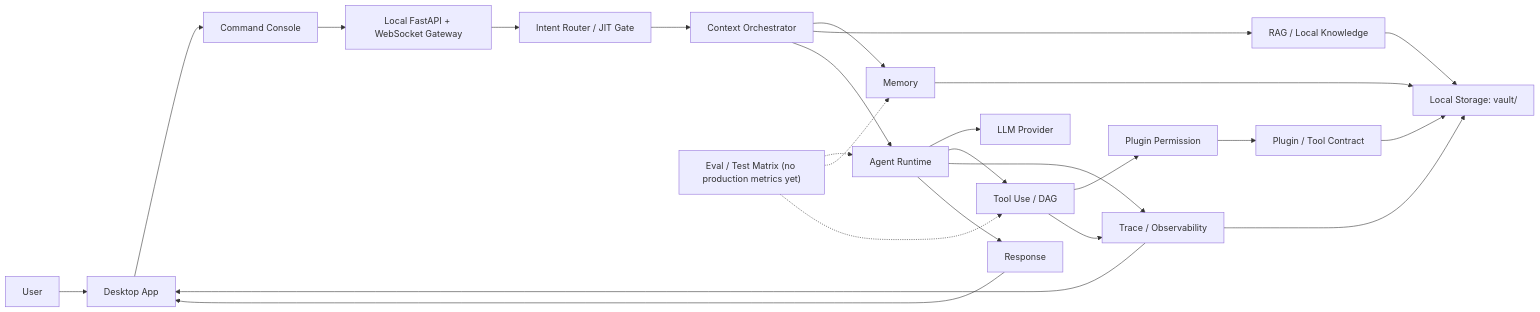
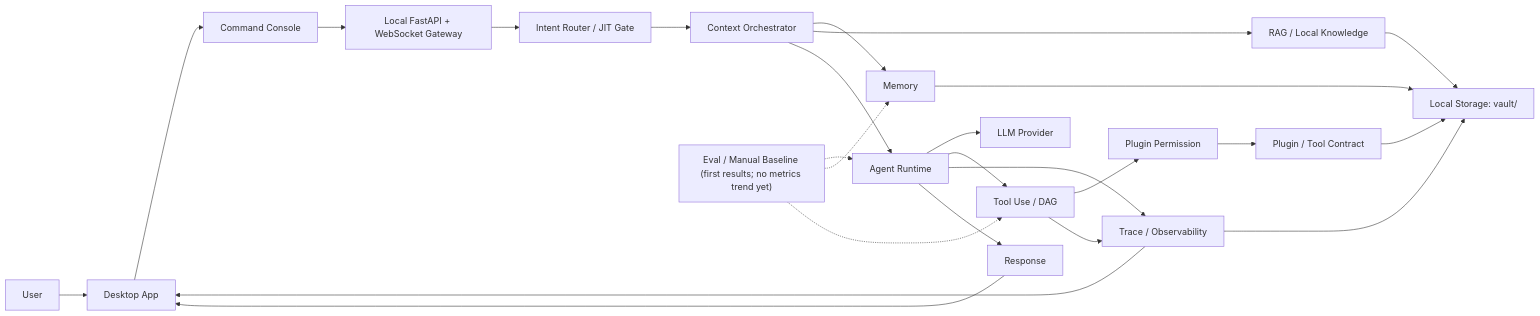
One commit to Finis-H/chatnote changed the first of 4 diagrams in docs/ARCHITECTURE.md. Above: the diagram before and after it, drawn with Mermaid. The commit also changed other lines of this file and 2 other files, not shown here.

Commit message:
supplement EVAL_REPORT

````diff
--- a/docs/ARCHITECTURE.md
+++ b/docs/ARCHITECTURE.md
@@ -18,31 +18,31 @@
 ```mermaid
 flowchart LR
     U["User"] --> APP["Desktop App"]
     APP --> CC["Command Console"]
     CC --> GW["Local FastAPI + WebSocket Gateway"]
     GW --> IR["Intent Router / JIT Gate"]
     IR --> CO["Context Orchestrator"]
 
     CO --> MEM["Memory"]
     CO --> RAG["RAG / Local Knowledge"]
     CO --> AR["Agent Runtime"]
 
     AR --> LLM["LLM Provider"]
     AR --> TU["Tool Use / DAG"]
     TU --> PP["Plugin Permission"]
     PP --> PLUG["Plugin / Tool Contract"]
 
     AR --> TR["Trace / Observability"]
     TU --> TR
     MEM --> ST["Local Storage: vault/"]
     RAG --> ST
     TR --> ST
     PLUG --> ST
 
     AR --> RESP["Response"]
     RESP --> APP
     TR --> APP
-    EVAL["Eval / Test Matrix (no production metrics yet)"] -.-> AR
+    EVAL["Eval / Manual Baseline (first results; no metrics trend yet)"] -.-> AR
     EVAL -.-> MEM
     EVAL -.-> TU
 ```
````
